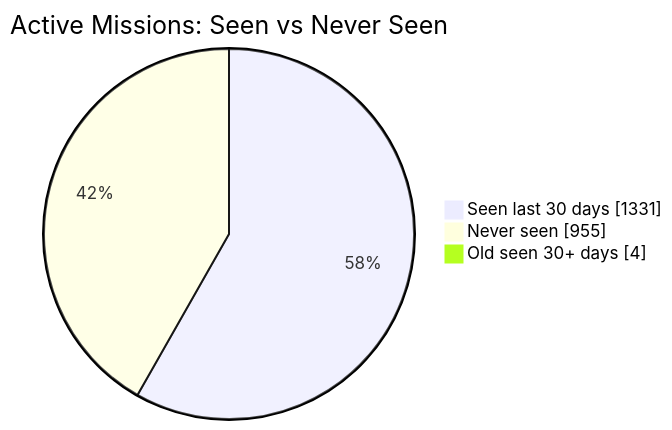
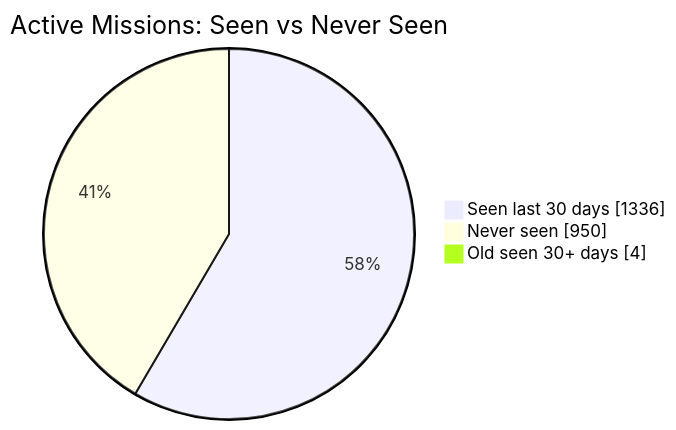
The first of 2 diagrams in README.md (MeldkamerspelGameTeam/active-missions), drawn with Mermaid before and after one commit. The commit also changed other lines of this file and 2 other files, not shown here.

````diff
--- a/README.md
+++ b/README.md
@@ -34,7 +34,7 @@
 ```mermaid
 pie showData
     title Active Missions: Seen vs Never Seen
-    "Seen last 30 days" : 1331
-    "Never seen" : 955
+    "Seen last 30 days" : 1336
+    "Never seen" : 950
     "Old seen 30+ days" : 4
 ```
````
